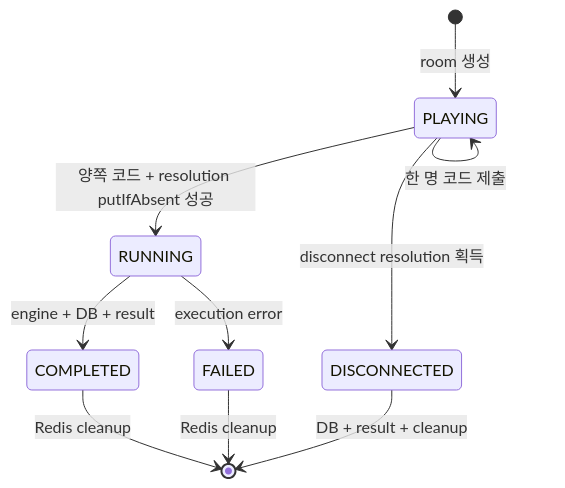
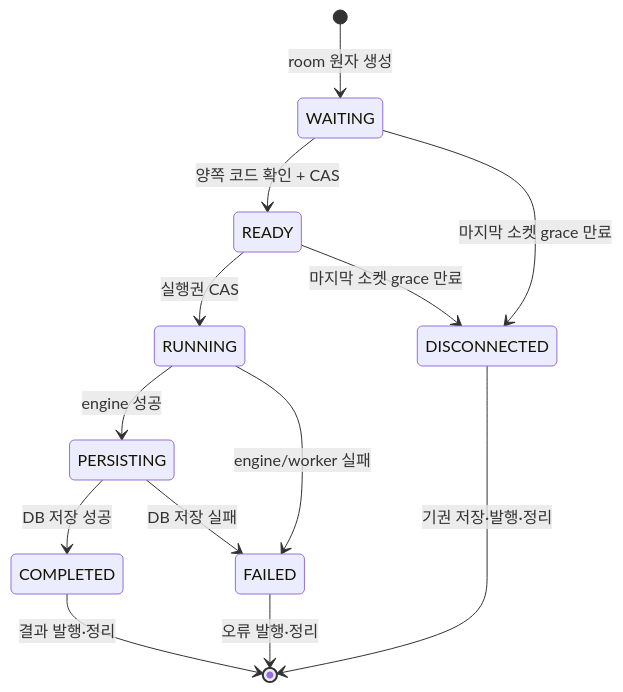
Before and after one commit to Urasica/code_clash_arena: the diagram in doc/03-realtime-match.md, drawn with Mermaid. The commit also changed other lines of this file and 15 other files, not shown here.

````diff
--- a/doc/03-realtime-match.md
+++ b/doc/03-realtime-match.md
@@ -89,12 +59,15 @@
 ```mermaid
 stateDiagram-v2
-    [*] --> PLAYING: room 생성
-    PLAYING --> PLAYING: 한 명 코드 제출
-    PLAYING --> RUNNING: 양쪽 코드 + resolution putIfAbsent 성공
-    PLAYING --> DISCONNECTED: disconnect resolution 획득
-    RUNNING --> COMPLETED: engine + DB + result
-    RUNNING --> FAILED: execution error
-    COMPLETED --> [*]: Redis cleanup
-    FAILED --> [*]: Redis cleanup
-    DISCONNECTED --> [*]: DB + result + cleanup
+    [*] --> WAITING: room 원자 생성
+    WAITING --> READY: 양쪽 코드 확인 + CAS
+    READY --> RUNNING: 실행권 CAS
+    WAITING --> DISCONNECTED: 마지막 소켓 grace 만료
+    READY --> DISCONNECTED: 마지막 소켓 grace 만료
+    RUNNING --> PERSISTING: engine 성공
+    RUNNING --> FAILED: engine/worker 실패
+    PERSISTING --> COMPLETED: DB 저장 성공
+    PERSISTING --> FAILED: DB 저장 실패
+    COMPLETED --> [*]: 결과 발행·정리
+    FAILED --> [*]: 오류 발행·정리
+    DISCONNECTED --> [*]: 기권 저장·발행·정리
 ```
````
